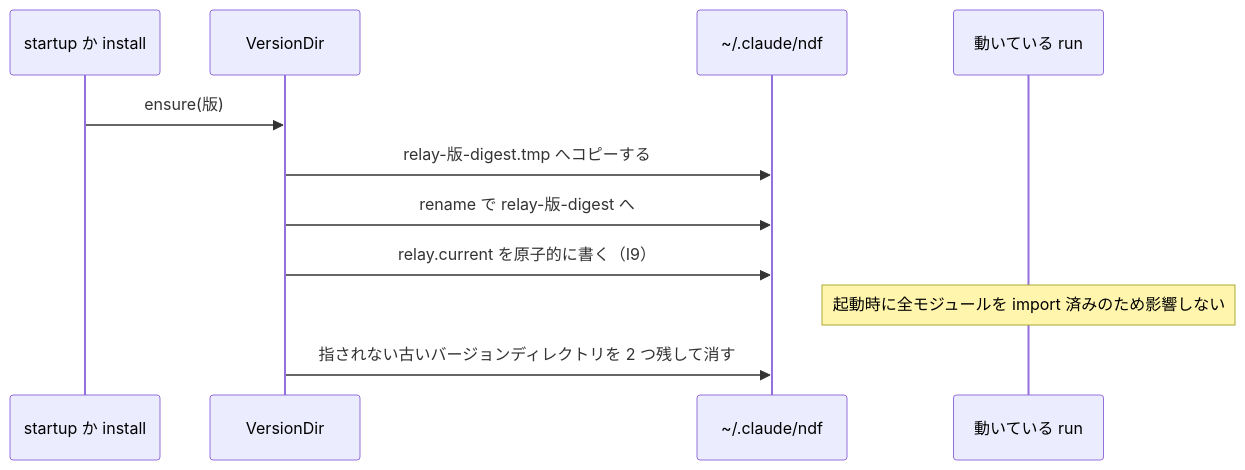
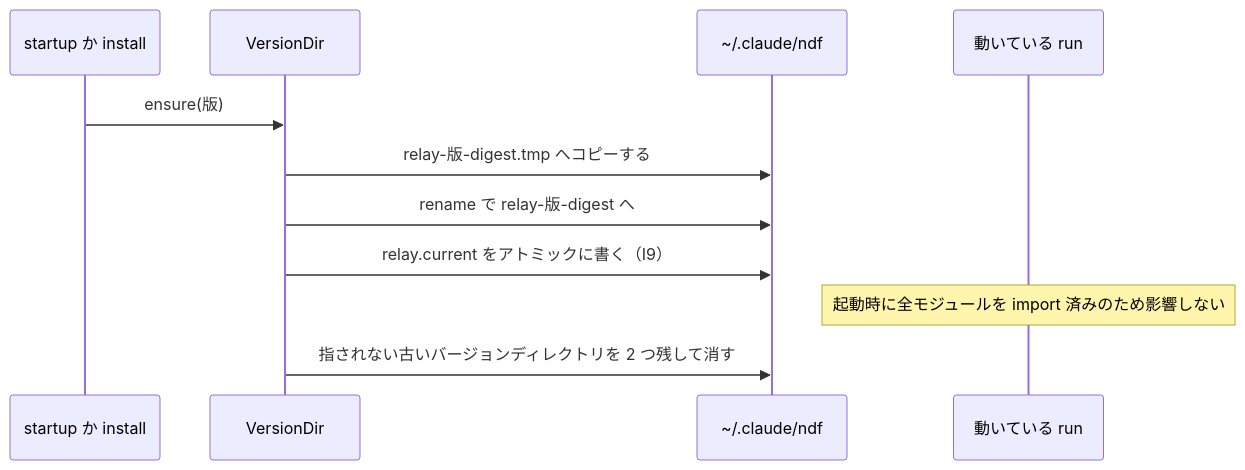
One commit to devbasex/ai-plugins changed the eighth of 8 diagrams in issues/issue-1142-design.md. Above: the diagram before and after it, drawn with Mermaid. The commit also changed other lines of this file and 9 other files, not shown here.

First line of the commit message:
Docs: #1142 の文書を組み直し、語を用語集と業界の語へ直す（頭・要求・smells・data・scripted-flow・dbos・libraries）

````diff
--- a/issues/issue-1142-design.md
+++ b/issues/issue-1142-design.md
@@ -494,13 +502,13 @@
 ```mermaid
 sequenceDiagram
     participant H as startup か install
     participant B as VersionDir
     participant F as ~/.claude/ndf
     participant R as 動いている run
     H->>B: ensure(版)
     B->>F: relay-版-digest.tmp へコピーする
     B->>F: rename で relay-版-digest へ
-    B->>F: relay.current を原子的に書く（I9）
+    B->>F: relay.current をアトミックに書く（I9）
     Note over R: 起動時に全モジュールを import 済みのため影響しない
     B->>F: 指されない古いバージョンディレクトリを 2 つ残して消す
 ```
````
